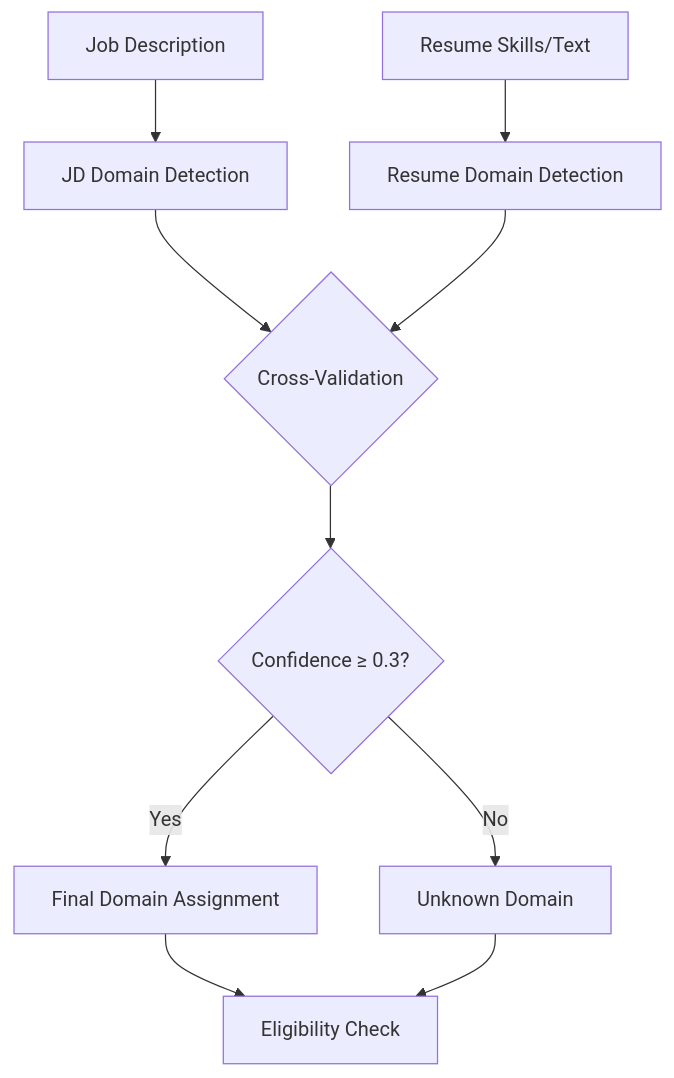
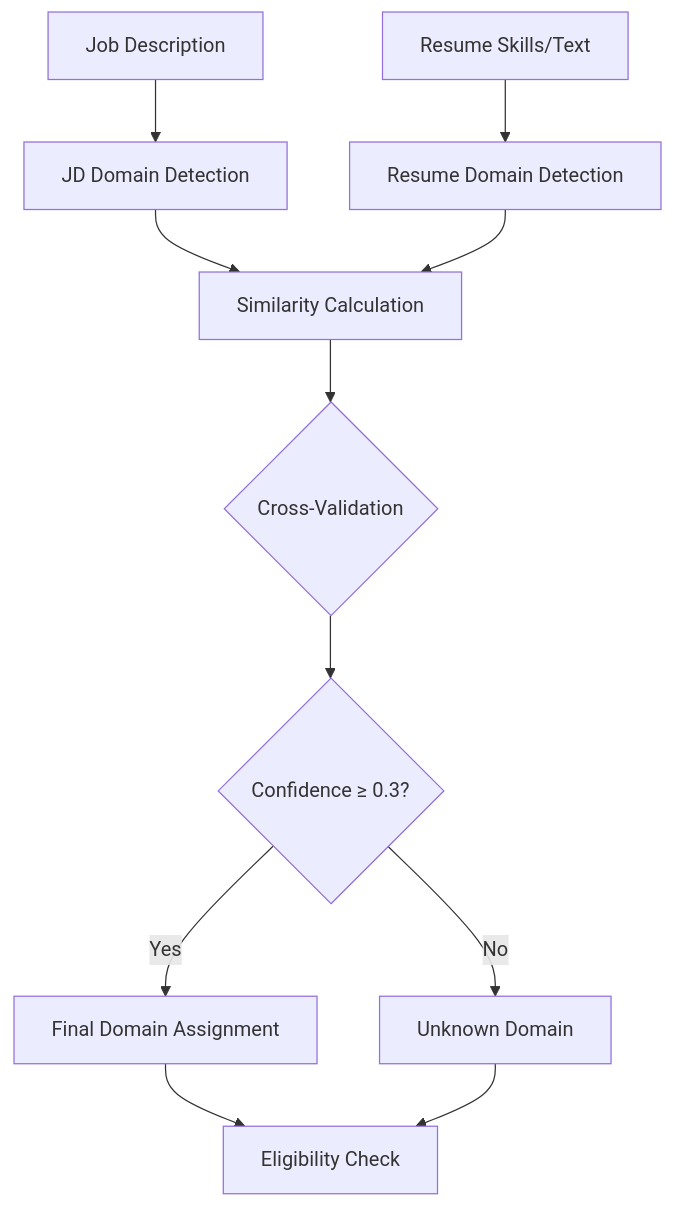
The third of 11 diagrams in .qoder/repowiki/en/content/Hybrid Pipeline.md (Revanththetalogics/aireume), drawn with Mermaid before and after one commit. The commit also changed other lines of this file and 41 other files, not shown here.

````diff
--- a/.qoder/repowiki/en/content/Hybrid Pipeline.md
+++ b/.qoder/repowiki/en/content/Hybrid Pipeline.md
@@ -201,12 +188,13 @@
 ```mermaid
 flowchart TD
 JD[Job Description] --> JD_Detect[JD Domain Detection]
 Resume[Resume Skills/Text] --> Resume_Detect[Resume Domain Detection]
-JD_Detect --> Cross_Check{Cross-Validation}
-Resume_Detect --> Cross_Check
+JD_Detect --> Similarity[Similarity Calculation]
+Resume_Detect --> Similarity
+Similarity --> Cross_Check{Cross-Validation}
 Cross_Check --> Confidence{Confidence ≥ 0.3?}
 Confidence --> |Yes| Final_Domain[Final Domain Assignment]
 Confidence --> |No| Unknown[Unknown Domain]
 Final_Domain --> Eligibility[Eligibility Check]
 Unknown --> Eligibility
 ```
````
